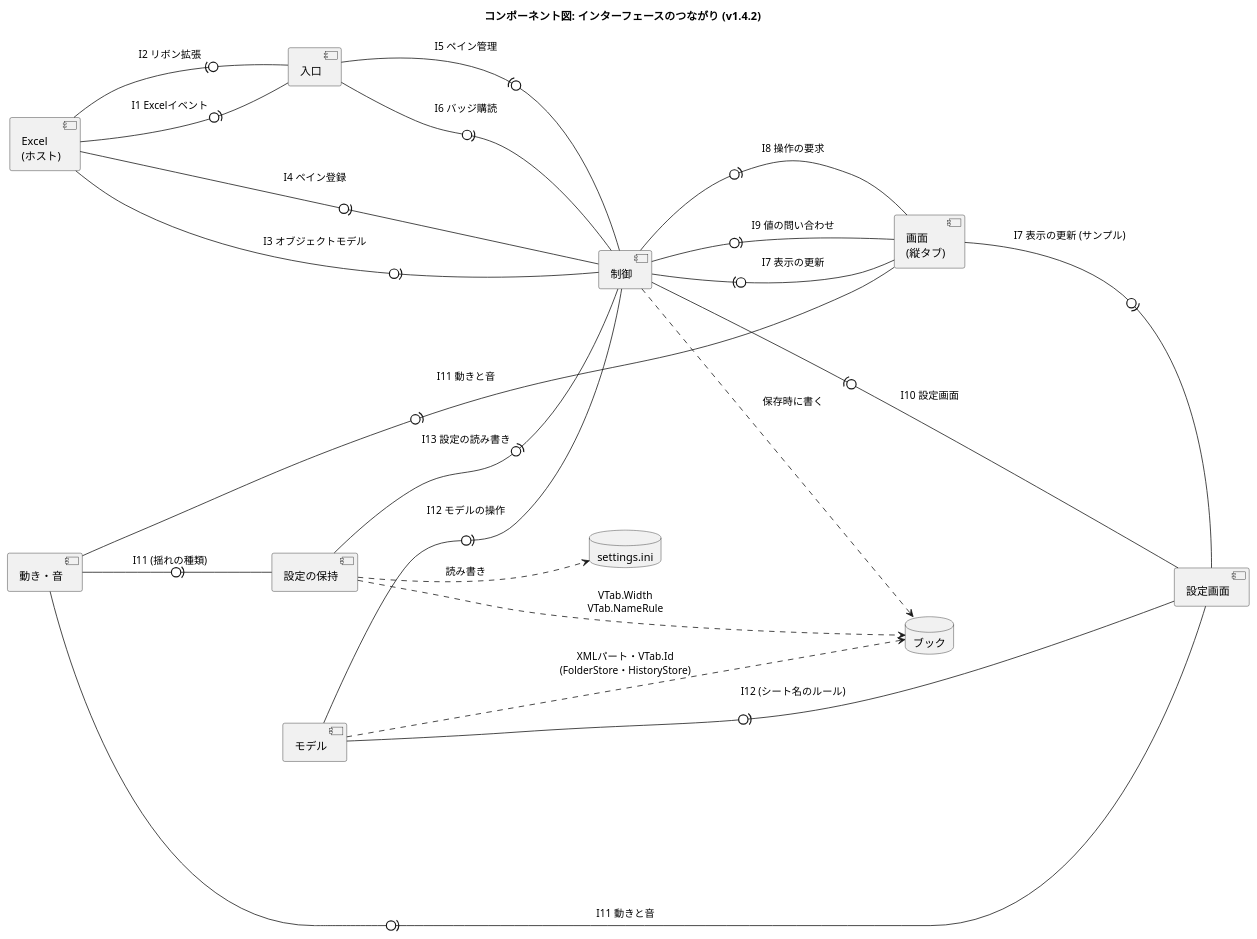
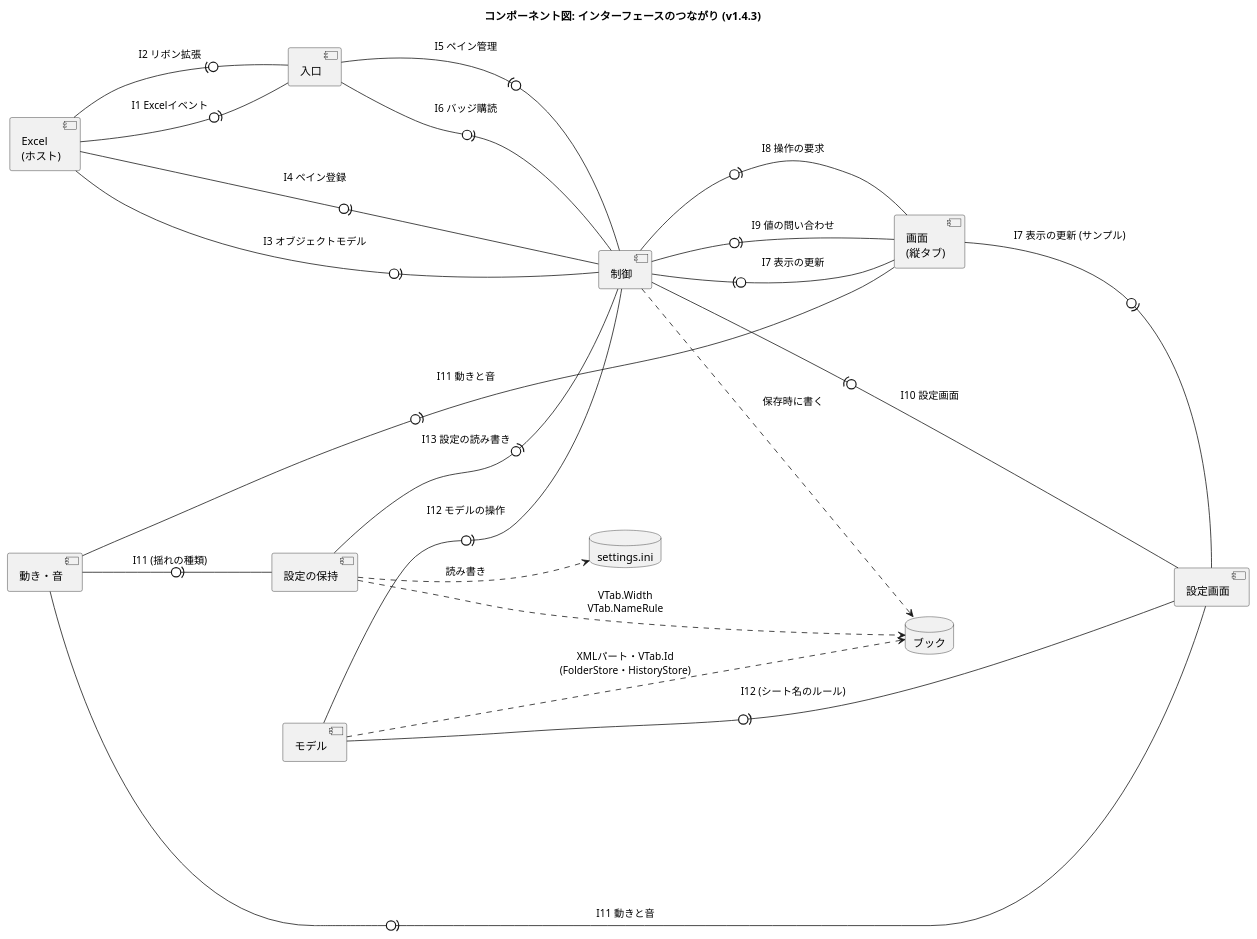
The diagram in docs/component-interface.puml (nk-taka623/VerticalSheetTabs), drawn with PlantUML before and after one commit. The commit also changed 14 other files, not shown here.

Commit message:
v1.4.3 にする (バージョン、README の変更点、設計図の版数)

```diff
--- a/docs/component-interface.puml
+++ b/docs/component-interface.puml
@@ -1,43 +1,43 @@
 @startuml
-title コンポーネント図: インターフェースのつながり (v1.4.2)
+title コンポーネント図: インターフェースのつながり (v1.4.3)
 left to right direction
 skinparam componentStyle uml2
 skinparam shadowing false
 skinparam nodesep 50
 skinparam ranksep 110
 
 component "Excel\n(ホスト)" as HOST
 component "入口" as ENTRY
 component "制御" as CTRL
 component "画面\n(縦タブ)" as VIEW
 component "設定画面" as SETTINGS
 component "動き・音" as FX
 component "モデル" as MODEL
 component "設定の保持" as CONFIG
 database "ブック" as BOOK
 database "settings.ini" as INI
 
 ' 「提供側 -0)- 利用側」: 丸が提供するインターフェース、受け口が利用 (I1 から I13 は、DEVELOPMENT.md の表)
 HOST -0)- ENTRY : I1 Excelイベント
 ENTRY -0)- HOST : I2 リボン拡張
 HOST -0)- CTRL : I3 オブジェクトモデル
 HOST -0)- CTRL : I4 ペイン登録
 CTRL -0)- ENTRY : I5 ペイン管理
 ENTRY -0)- CTRL : I6 バッジ購読
 VIEW -0)- CTRL : I7 表示の更新
 CTRL -0)- VIEW : I8 操作の要求
 CTRL -0)- VIEW : I9 値の問い合わせ
 SETTINGS -0)- CTRL : I10 設定画面
 VIEW -0)- SETTINGS : I7 表示の更新 (サンプル)
 FX -0)- VIEW : I11 動きと音
 FX -0)- SETTINGS : I11 動きと音
 FX -0)- CONFIG : I11 (揺れの種類)
 MODEL -0)- CTRL : I12 モデルの操作
 MODEL -0)- SETTINGS : I12 (シート名のルール)
 CONFIG -0)- CTRL : I13 設定の読み書き
 
 CTRL ..> BOOK : 保存時に書く
 MODEL ..> BOOK : XMLパート・VTab.Id\n(FolderStore・HistoryStore)
 CONFIG ..> BOOK : VTab.Width\nVTab.NameRule
 CONFIG ..> INI : 読み書き
 @enduml
```
